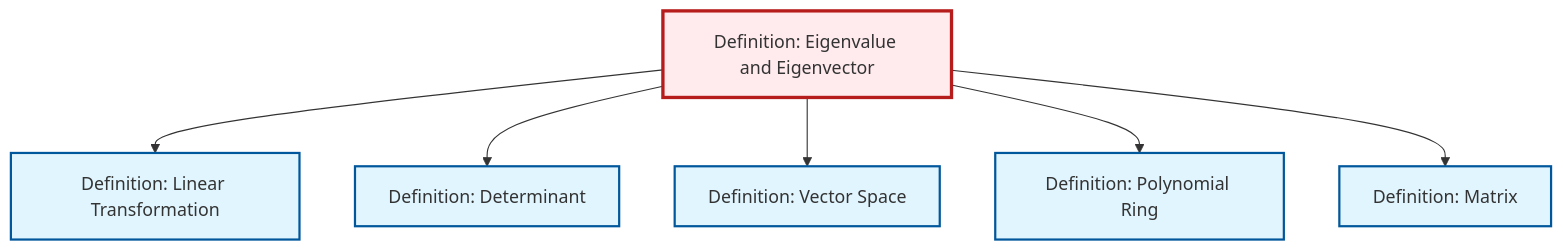
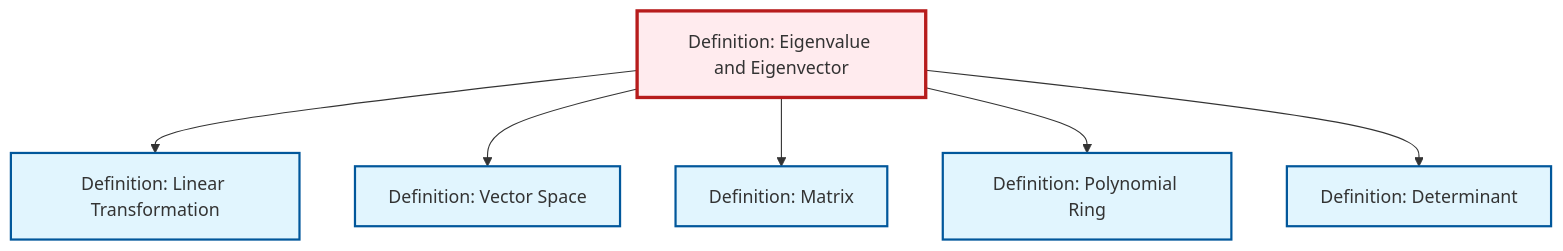
The diagram in content/en/algebra/def-eigenvalue-eigenvector.qmd (RK0429/ModernMath), drawn with Mermaid before and after one commit. The commit also changed other lines of this file and 654 other files, not shown here.

````diff
--- a/content/en/algebra/def-eigenvalue-eigenvector.qmd
+++ b/content/en/algebra/def-eigenvalue-eigenvector.qmd
@@ -74,26 +74,26 @@
 ```{mermaid}
 %%| fig-cap: "Local dependency graph"
 graph TD
     classDef definition fill:#e1f5fe,stroke:#01579b,stroke-width:2px
     classDef theorem fill:#f3e5f5,stroke:#4a148c,stroke-width:2px
     classDef axiom fill:#fff3e0,stroke:#e65100,stroke-width:2px
     classDef example fill:#e8f5e9,stroke:#1b5e20,stroke-width:2px
     classDef current fill:#ffebee,stroke:#b71c1c,stroke-width:3px
+    def-polynomial-ring["Definition: Polynomial Ring"]:::definition
+    def-determinant["Definition: Determinant"]:::definition
+    def-matrix["Definition: Matrix"]:::definition
     def-eigenvalue-eigenvector["Definition: Eigenvalue and Eigenvector"]:::definition
-    def-determinant["Definition: Determinant"]:::definition
     def-linear-transformation["Definition: Linear Transformation"]:::definition
-    def-matrix["Definition: Matrix"]:::definition
     def-vector-space["Definition: Vector Space"]:::definition
-    def-polynomial-ring["Definition: Polynomial Ring"]:::definition
     def-eigenvalue-eigenvector --> def-linear-transformation
+    def-eigenvalue-eigenvector --> def-vector-space
+    def-eigenvalue-eigenvector --> def-matrix
+    def-eigenvalue-eigenvector --> def-polynomial-ring
     def-eigenvalue-eigenvector --> def-determinant
-    def-eigenvalue-eigenvector --> def-vector-space
-    def-eigenvalue-eigenvector --> def-polynomial-ring
-    def-eigenvalue-eigenvector --> def-matrix
     class def-eigenvalue-eigenvector current
+    click def-polynomial-ring "def-polynomial-ring.html" "Go to Polynomial Ring definition"
     click def-determinant "def-determinant.html" "Go to Determinant definition"
+    click def-matrix "def-matrix.html" "Go to Matrix definition"
     click def-linear-transformation "def-linear-transformation.html" "Go to Linear Transformation definition"
-    click def-matrix "def-matrix.html" "Go to Matrix definition"
     click def-vector-space "def-vector-space.html" "Go to Vector Space definition"
-    click def-polynomial-ring "def-polynomial-ring.html" "Go to Polynomial Ring definition"
 ```
````
